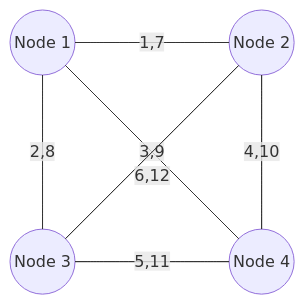
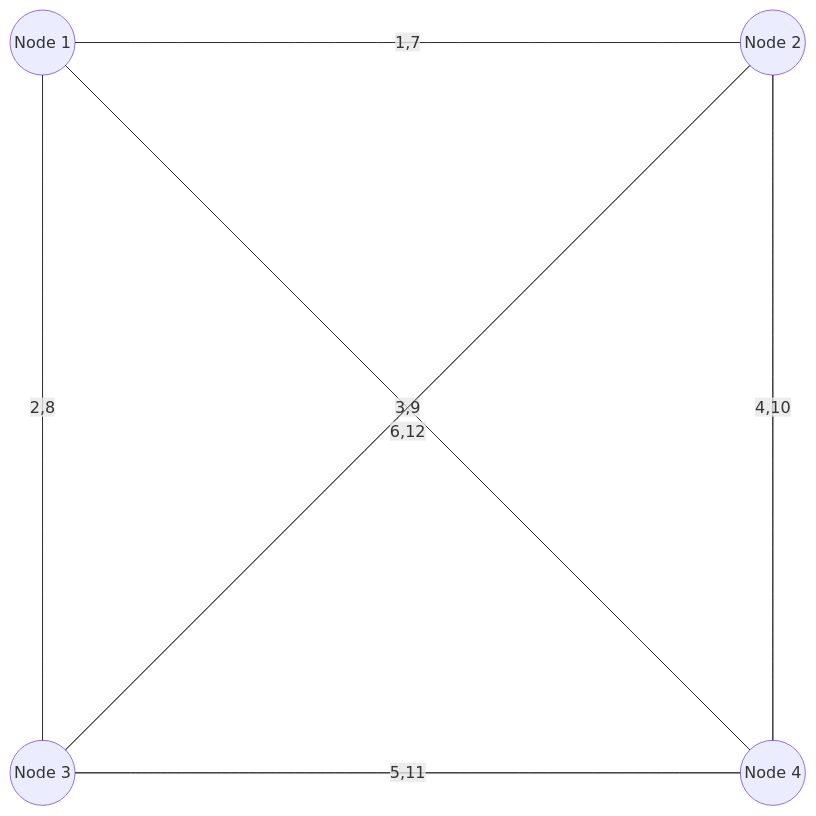
One commit to MarthinL/fedist changed the seventh of 8 diagrams in README.md. Above: the diagram before and after it, drawn with Mermaid. The commit also changed other lines of this file, not shown here.

````diff
--- a/README.md
+++ b/README.md
@@ -216,25 +217,24 @@
 ```mermaid
 block-beta
-    columns 4
+    columns 11
     A(("Node 1")):1
-    space:2
+    space:9
     B(("Node 2")):1
-    space:4
-    space:4
+    space:99
     C(("Node 3")):1
-    space:2
+    space:9
     D(("Node 4")):1
     A --- B
     A --- C
     A --- D
     B --- D
     C --- D
     B --- C
     B --"1,7"--- A
     C --"2,8"--- A
     D --"3,9"--- A
     D --"4,10"--- B
     D --"5,11"--- C
     C --"<br><br>6,12"--- B
 
 ```
````
